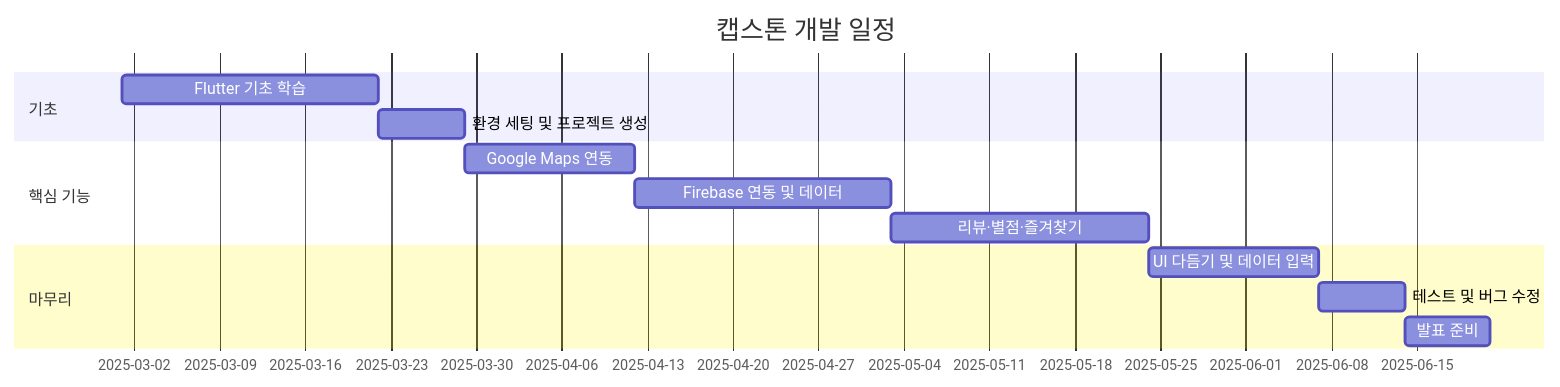
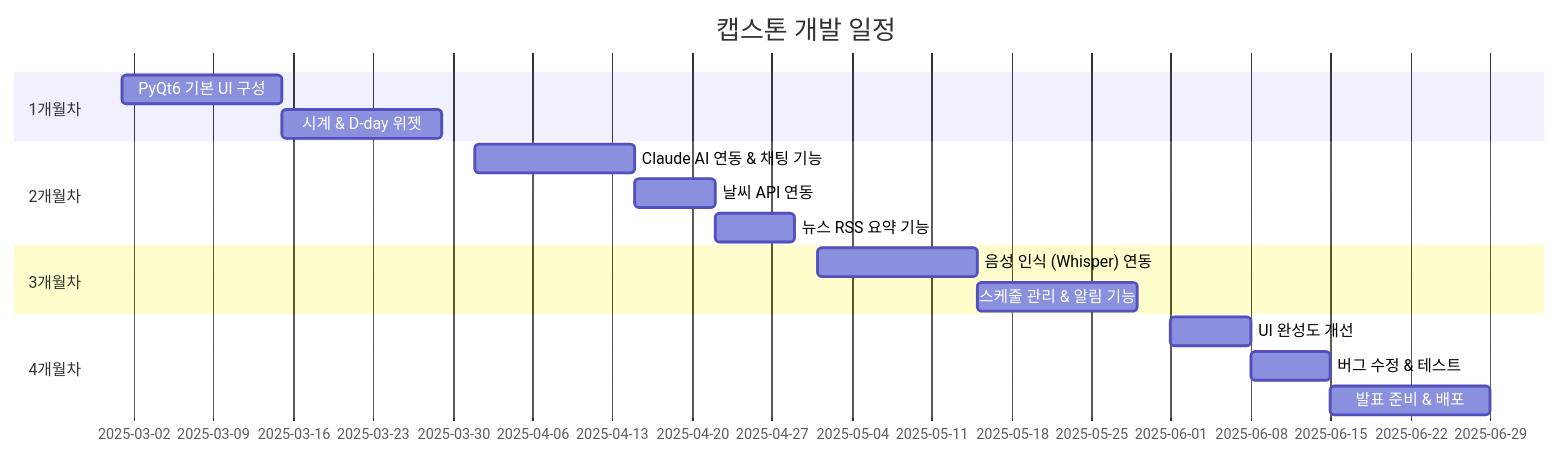
One commit to ChoiYunSik02/capstone-ai-assistant changed the fourth of 4 diagrams in cap/ai.README.md. Above: the diagram before and after it, drawn with Mermaid. The commit also changed other lines of this file, not shown here.

````diff
--- a/cap/ai.README.md
+++ b/cap/ai.README.md
@@ -134,16 +146,19 @@
 ```mermaid
 gantt
     title 캡스톤 개발 일정
     dateFormat  YYYY-MM-DD
-    section 기초
-    Flutter 기초 학습        :a1, 2025-03-01, 3w
-    환경 세팅 및 프로젝트 생성 :a2, after a1, 1w
-    section 핵심 기능
-    Google Maps 연동         :b1, after a2, 2w
-    Firebase 연동 및 데이터   :b2, after b1, 3w
-    리뷰·별점·즐겨찾기        :b3, after b2, 3w
-    section 마무리
-    UI 다듬기 및 데이터 입력  :c1, after b3, 2w
-    테스트 및 버그 수정       :c2, after c1, 1w
-    발표 준비                :c3, after c2, 1w
+    section 1개월차
+    PyQt6 기본 UI 구성         :a1, 2025-03-01, 2w
+    시계 & D-day 위젯          :a2, after a1, 2w
+    section 2개월차
+    Claude AI 연동 & 채팅 기능  :b1, 2025-04-01, 2w
+    날씨 API 연동               :b2, after b1, 1w
+    뉴스 RSS 요약 기능          :b3, after b2, 1w
+    section 3개월차
+    음성 인식 (Whisper) 연동    :c1, 2025-05-01, 2w
+    스케줄 관리 & 알림 기능     :c2, after c1, 2w
+    section 4개월차
+    UI 완성도 개선              :d1, 2025-06-01, 1w
+    버그 수정 & 테스트          :d2, after d1, 1w
+    발표 준비 & 배포            :d3, after d2, 2w
 ```
````
